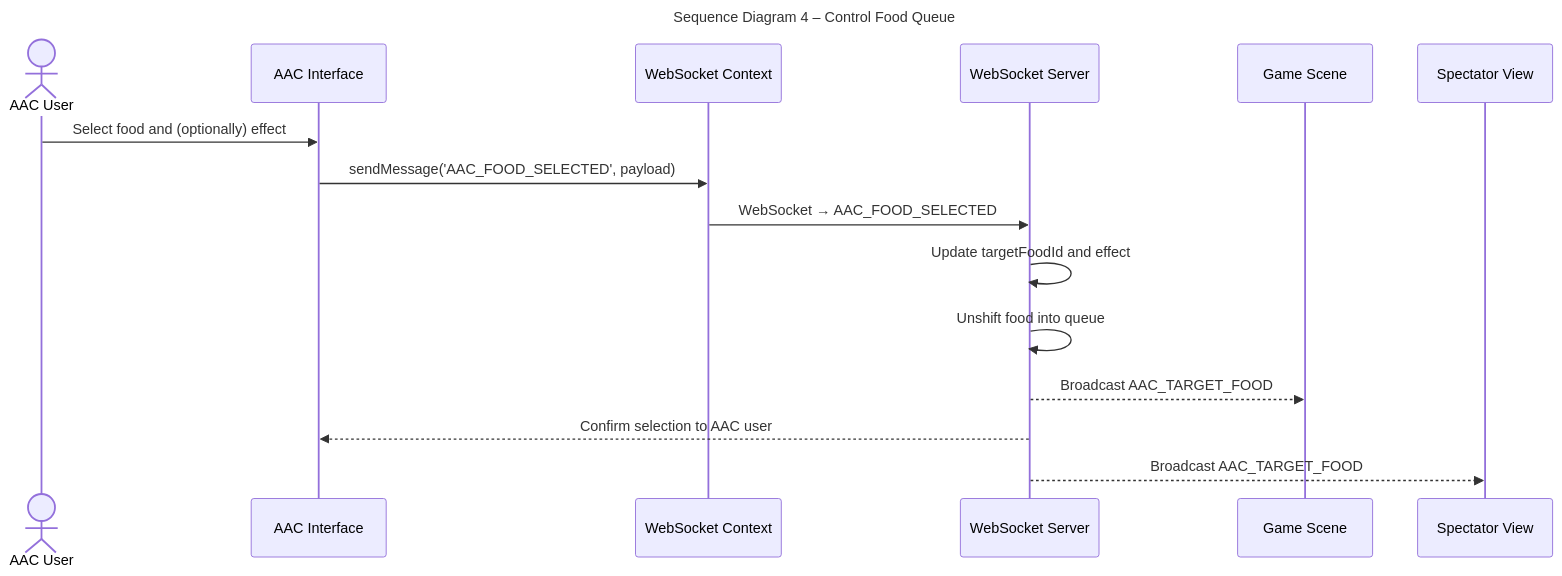
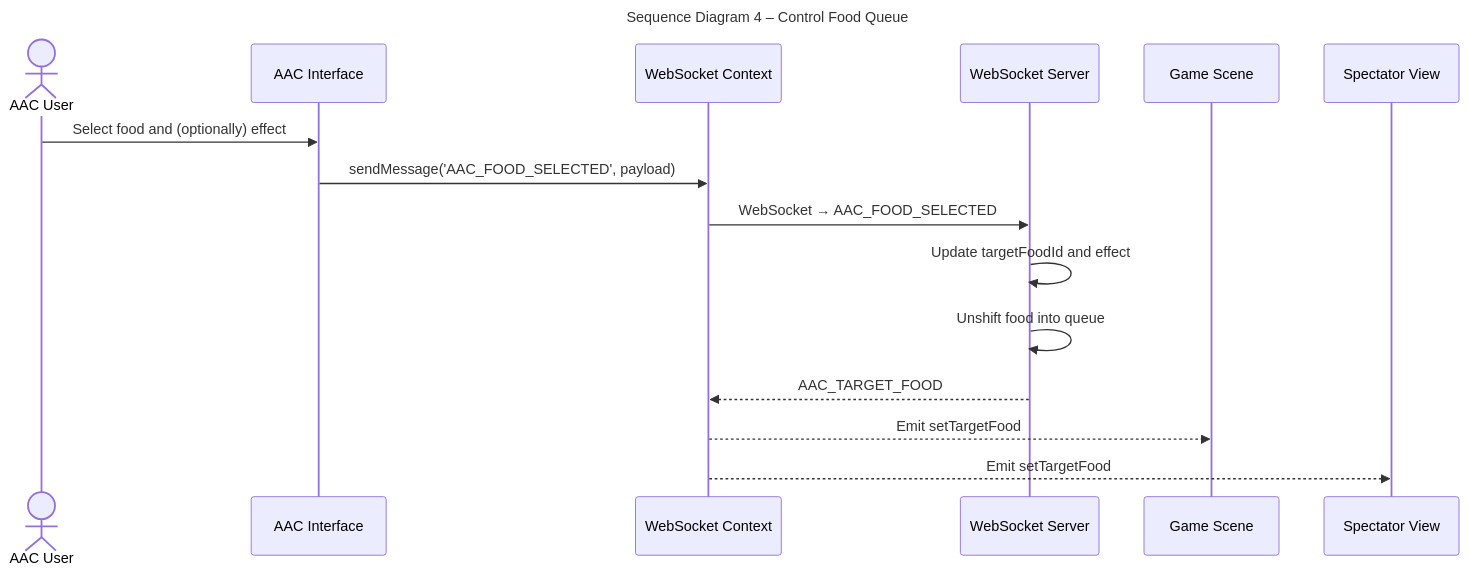
One commit to tug74295/project-acc-hungry-hippos changed the fourth of 7 diagrams in documentation/docs/system-architecture/sequence-diagrams.md. Above: the diagram before and after it, drawn with Mermaid. The commit also changed other lines of this file, not shown here.

Commit message:
Fixed sequence diagram 4 and 5 to be more specific

````diff
--- a/documentation/docs/system-architecture/sequence-diagrams.md
+++ b/documentation/docs/system-architecture/sequence-diagrams.md
@@ -152,25 +152,25 @@
 ```mermaid
 ---
 title: Sequence Diagram 4 – Control Food Queue
 ---
 
 sequenceDiagram
     actor AAC_User as AAC User
     participant AAC_Interface as AAC Interface
     participant WebSocket_Client as WebSocket Context
     participant WebSocket_Server as WebSocket Server
     participant Phaser_Scene as Game Scene
     participant Spectator_UI as Spectator View
 
     AAC_User->>AAC_Interface: Select food and (optionally) effect
     AAC_Interface->>WebSocket_Client: sendMessage('AAC_FOOD_SELECTED', payload)
     WebSocket_Client->>WebSocket_Server: WebSocket → AAC_FOOD_SELECTED
 
     WebSocket_Server->>WebSocket_Server: Update targetFoodId and effect
     WebSocket_Server->>WebSocket_Server: Unshift food into queue
 
-    WebSocket_Server-->>Phaser_Scene: Broadcast AAC_TARGET_FOOD
-    WebSocket_Server-->>AAC_Interface: Confirm selection to AAC user
-    WebSocket_Server-->>Spectator_UI: Broadcast AAC_TARGET_FOOD
+    WebSocket_Server-->>WebSocket_Client: AAC_TARGET_FOOD
+    WebSocket_Client-->>Phaser_Scene: Emit setTargetFood
+    WebSocket_Client-->>Spectator_UI: Emit setTargetFood
 
 ```
````
